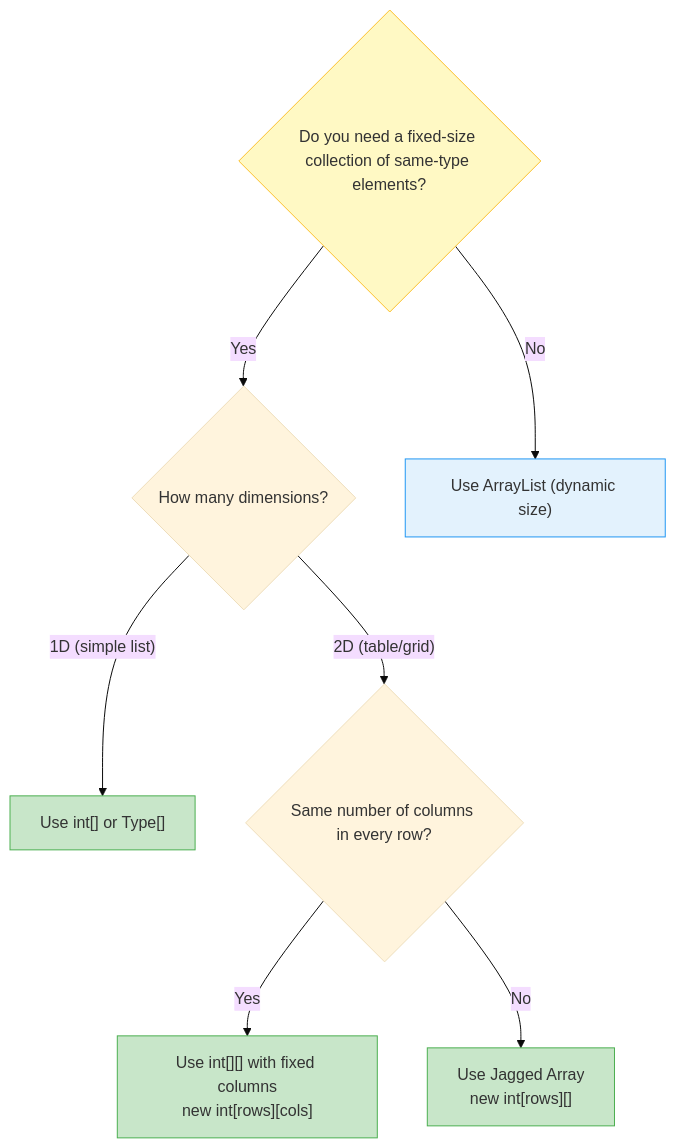
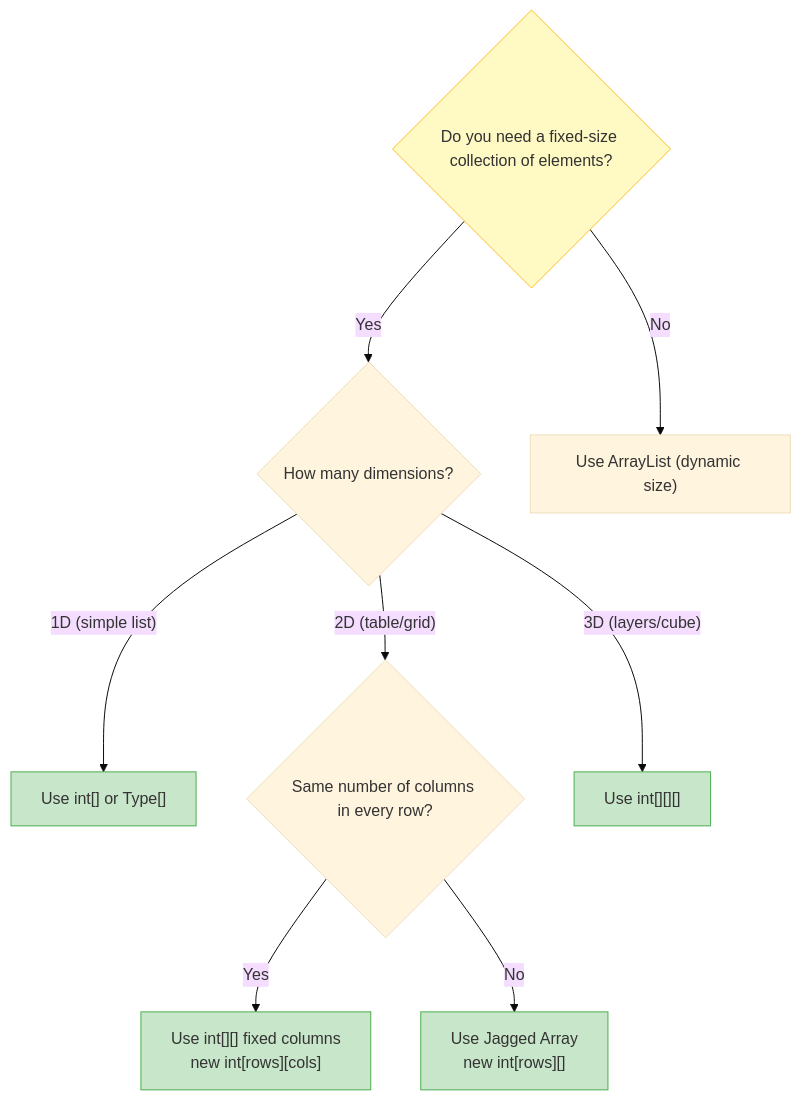
One commit to Mokshagnatej/Java-course changed the fifth of 5 diagrams in src/Arrays/README.md. Above: the diagram before and after it, drawn with Mermaid (base theme). The commit also changed other lines of this file and 2 other files, not shown here.

````diff
--- a/src/Arrays/README.md
+++ b/src/Arrays/README.md
@@ -247,16 +247,17 @@
 ```mermaid
 graph TD
-    Q1{"Do you need a fixed-size collection of same-type elements?"}
+    Q1{"Do you need a fixed-size collection of elements?"}
     Q1 -- Yes --> Q2{"How many dimensions?"}
     Q1 -- No --> LIST["Use ArrayList (dynamic size)"]
     Q2 -- "1D (simple list)" --> ARR1D["Use int[] or Type[]"]
     Q2 -- "2D (table/grid)" --> Q3{"Same number of columns in every row?"}
-    Q3 -- Yes --> ARR2D["Use int[][] with fixed columns\nnew int[rows][cols]"]
+    Q2 -- "3D (layers/cube)" --> ARR3D["Use int[][][]"]
+    Q3 -- Yes --> ARR2D["Use int[][] fixed columns\nnew int[rows][cols]"]
     Q3 -- No --> JAGGED["Use Jagged Array\nnew int[rows][]"]
 
     style Q1 fill:#FFF9C4,stroke:#FBC02D
     style ARR1D fill:#C8E6C9,stroke:#4CAF50
     style ARR2D fill:#C8E6C9,stroke:#4CAF50
+    style ARR3D fill:#C8E6C9,stroke:#4CAF50
     style JAGGED fill:#C8E6C9,stroke:#4CAF50
-    style LIST fill:#E3F2FD,stroke:#2196F3
 ```
````
